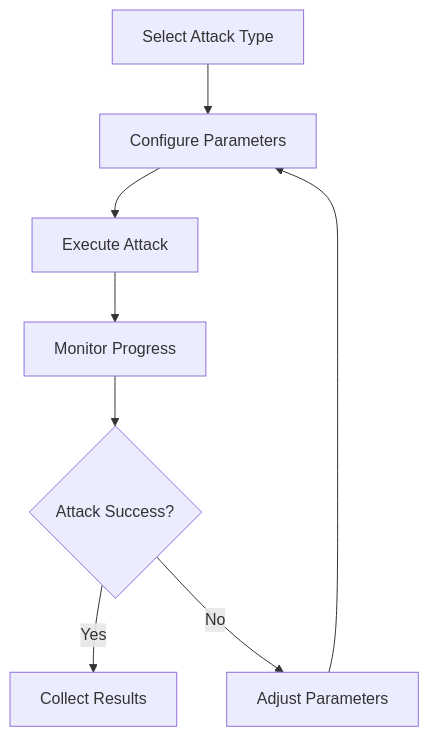
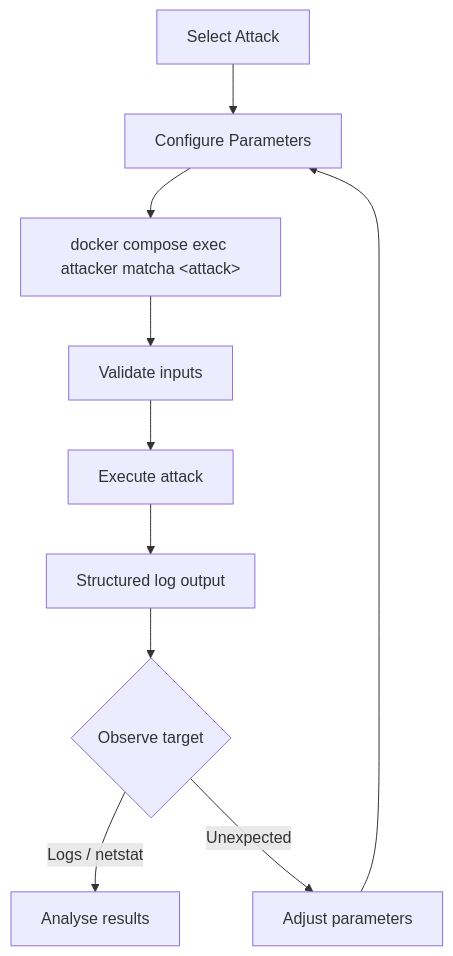
One commit to Montimage/mmt-attacker changed the first of 20 diagrams in docs/PLAYBOOK.md. Above: the diagram before and after it, drawn with Mermaid. The commit also changed other lines of this file and 6 other files, not shown here.

````diff
--- a/docs/PLAYBOOK.md
+++ b/docs/PLAYBOOK.md
@@ -88,10 +151,12 @@
 ```mermaid
 graph TB
-    A[Select Attack Type] --> B[Configure Parameters]
-    B --> C[Execute Attack]
-    C --> D[Monitor Progress]
-    D --> E{Attack Success?}
-    E -->|Yes| F[Collect Results]
-    E -->|No| G[Adjust Parameters]
-    G --> B
+    A[Select Attack] --> B[Configure Parameters]
+    B --> C[docker compose exec attacker matcha &lt;attack&gt;]
+    C --> D[Validate inputs]
+    D --> E[Execute attack]
+    E --> F[Structured log output]
+    F --> G{Observe target}
+    G -->|Logs / netstat| H[Analyse results]
+    G -->|Unexpected| I[Adjust parameters]
+    I --> B
 ```
````
